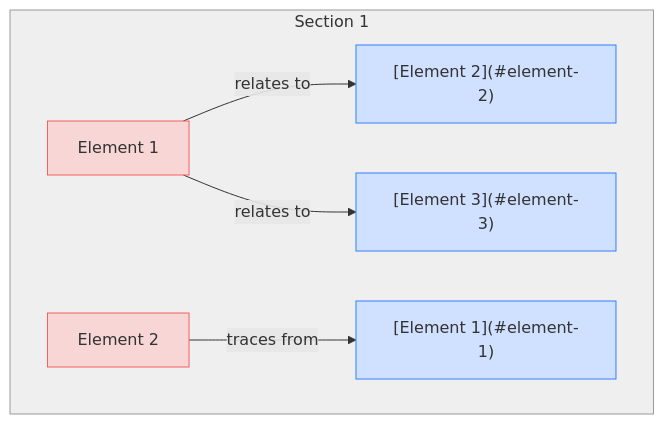
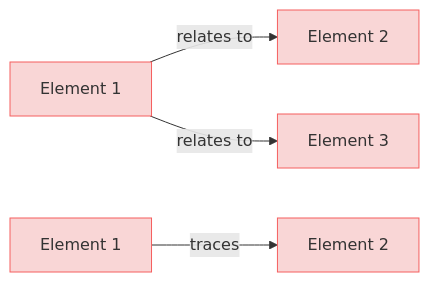
The first of 3 diagrams in test-fixtures/test-diagram-generation/Requirements-with-custom-mermaid.md (reqvire-org/reqvire), drawn with Mermaid before and after one commit. The commit also changed other lines of this file and 18 other files, not shown here.

````diff
--- a/test-fixtures/test-diagram-generation/Requirements-with-custom-mermaid.md
+++ b/test-fixtures/test-diagram-generation/Requirements-with-custom-mermaid.md
@@ -7,29 +7,29 @@
 ```mermaid
-graph TD;
+graph LR;
   %% Graph styling
   classDef requirement fill:#f9d6d6,stroke:#f55f5f,stroke-width:1px;
   classDef satisfies fill:#fff2cc,stroke:#ffcc00,stroke-width:1px;
   classDef verification fill:#d6f9d6,stroke:#5fd75f,stroke-width:1px;
   classDef externalLink fill:#d0e0ff,stroke:#3080ff,stroke-width:1px;
   classDef paragraph fill:#efefef,stroke:#999999,stroke-width:1px;
   classDef default fill:#f5f5f5,stroke:#333333,stroke-width:1px;
 
-  subgraph para["Section 1"];
     Element_1["Element 1"];
     click Element_1 "Requirements-with-custom-mermaid.md#element-1";
     class Element_1 requirement;
     Element_1 -->|relates to| _Element_2___element_2_;
-  _Element_2___element_2_["[Element 2](#element-2)"];
-  class _Element_2___element_2_ externalLink;
+    _Element_2___element_2_["Element 2"];
+    click _Element_2___element_2_ "#element-2";
+    class _Element_2___element_2_ requirement;
     Element_1 -->|relates to| _Element_3___element_3_;
-  _Element_3___element_3_["[Element 3](#element-3)"];
-  class _Element_3___element_3_ externalLink;
+    _Element_3___element_3_["Element 3"];
+    click _Element_3___element_3_ "#element-3";
+    class _Element_3___element_3_ requirement;
     Element_2["Element 2"];
     click Element_2 "Requirements-with-custom-mermaid.md#element-2";
     class Element_2 requirement;
-    Element_2 -->|traces from| _Element_1___element_1_;
-  _Element_1___element_1_["[Element 1](#element-1)"];
-  class _Element_1___element_1_ externalLink;
-  end;
-  class para paragraph;
+    _Element_1___element_1_ -->|traces| Element_2;
+    _Element_1___element_1_["Element 1"];
+    click _Element_1___element_1_ "#element-1";
+    class _Element_1___element_1_ requirement;
 ```
````
